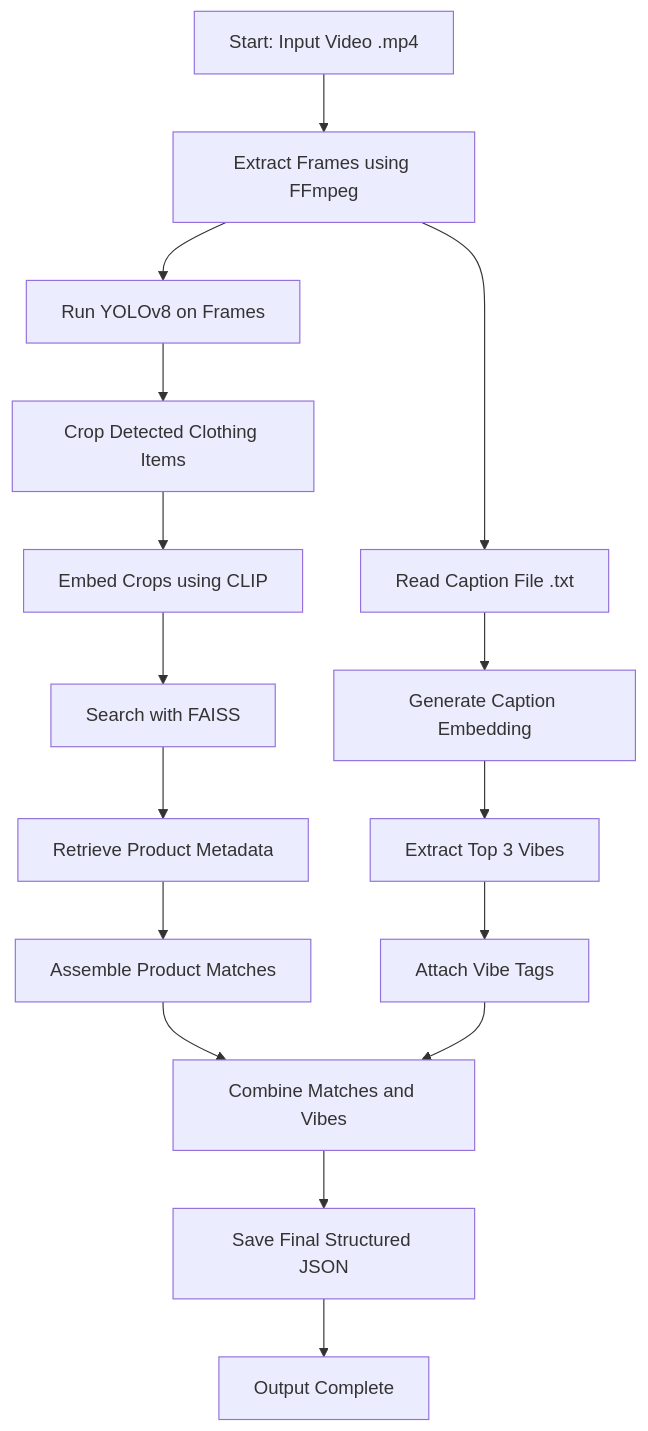
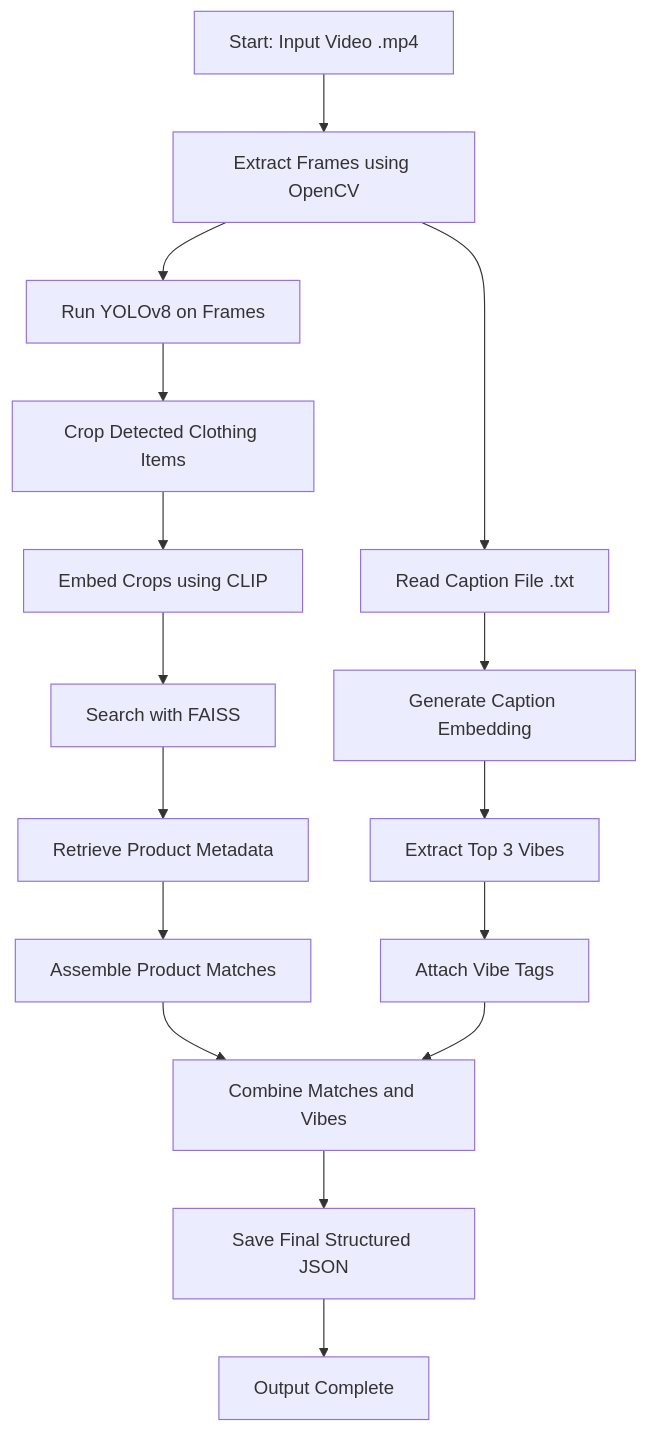
The diagram in README.md (Anand-Ambastha/VibeSense), drawn with Mermaid before and after one commit.

````diff
--- a/README.md
+++ b/README.md
@@ -40,22 +40,22 @@
 ```mermaid
 graph TD
-    A[Start: Input Video .mp4] --> B[Extract Frames using FFmpeg]
+    A[Start: Input Video .mp4] --> B[Extract Frames using OpenCV]
     B --> C[Run YOLOv8 on Frames]
     C --> D[Crop Detected Clothing Items]
     D --> E[Embed Crops using CLIP]
     E --> F[Search with FAISS]
     F --> G[Retrieve Product Metadata]
 
     B --> H[Read Caption File .txt]
     H --> I[Generate Caption Embedding]
     I --> J[Extract Top 3 Vibes]
 
     G --> K[Assemble Product Matches]
     J --> L[Attach Vibe Tags]
 
     K --> M[Combine Matches and Vibes]
     L --> M
 
     M --> N[Save Final Structured JSON]
     N --> O[Output Complete]
 ```
````
